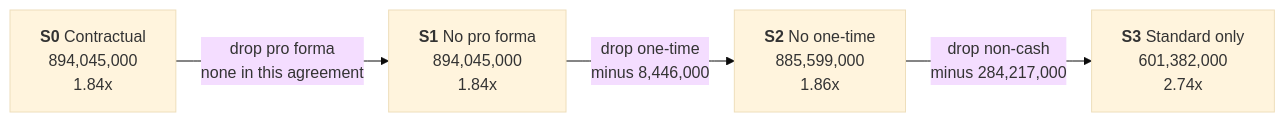
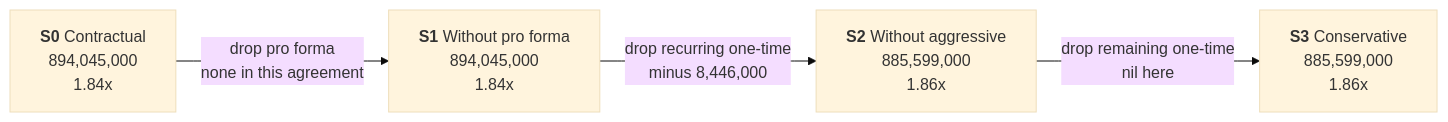
Before and after one commit to dharmi10/Headroom--Covenant-Stress-Testing-Engine: the fourth of 6 diagrams in README.md, drawn with Mermaid (base theme). The commit also changed other lines of this file and 26 other files, not shown here.

````diff
--- a/README.md
+++ b/README.md
@@ -188,10 +230,10 @@
 ```mermaid
 flowchart LR
     S0["<b>S0</b> Contractual<br/>894,045,000<br/>1.84x"]
-    S1["<b>S1</b> No pro forma<br/>894,045,000<br/>1.84x"]
-    S2["<b>S2</b> No one-time<br/>885,599,000<br/>1.86x"]
-    S3["<b>S3</b> Standard only<br/>601,382,000<br/>2.74x"]
+    S1["<b>S1</b> Without pro forma<br/>894,045,000<br/>1.84x"]
+    S2["<b>S2</b> Without aggressive<br/>885,599,000<br/>1.86x"]
+    S3["<b>S3</b> Conservative<br/>885,599,000<br/>1.86x"]
     S0 -->|"drop pro forma<br/>none in this agreement"| S1
-    S1 -->|"drop one-time<br/>minus 8,446,000"| S2
-    S2 -->|"drop non-cash<br/>minus 284,217,000"| S3
+    S1 -->|"drop recurring one-time<br/>minus 8,446,000"| S2
+    S2 -->|"drop remaining one-time<br/>nil here"| S3
 ```
````
